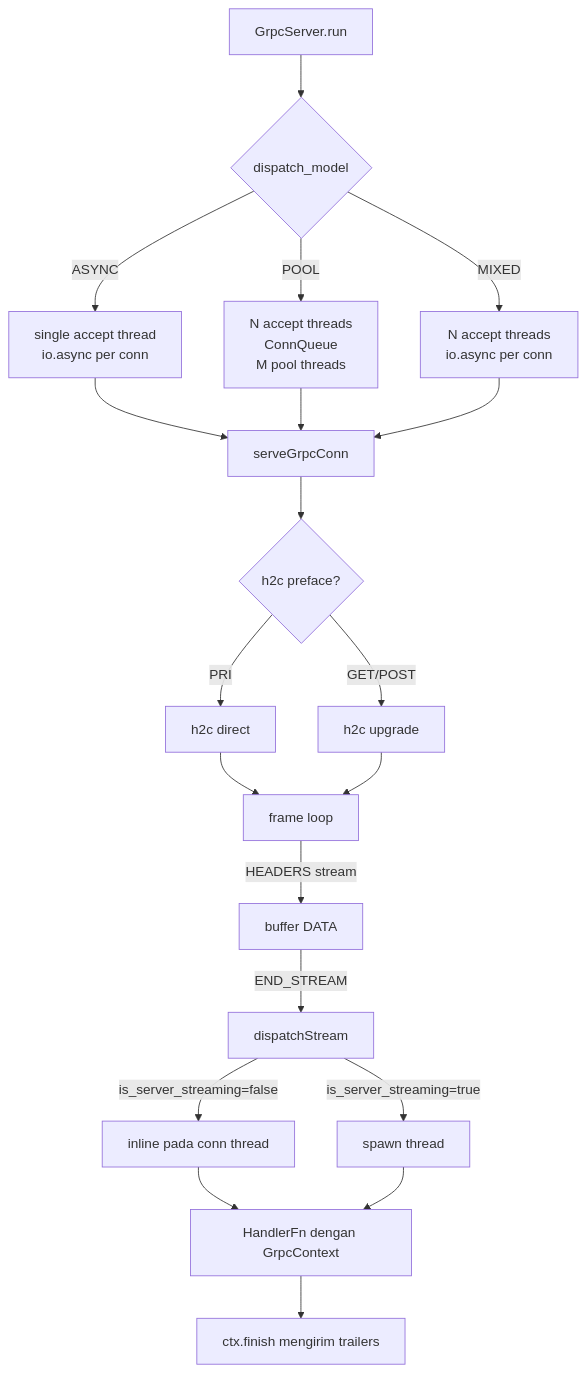
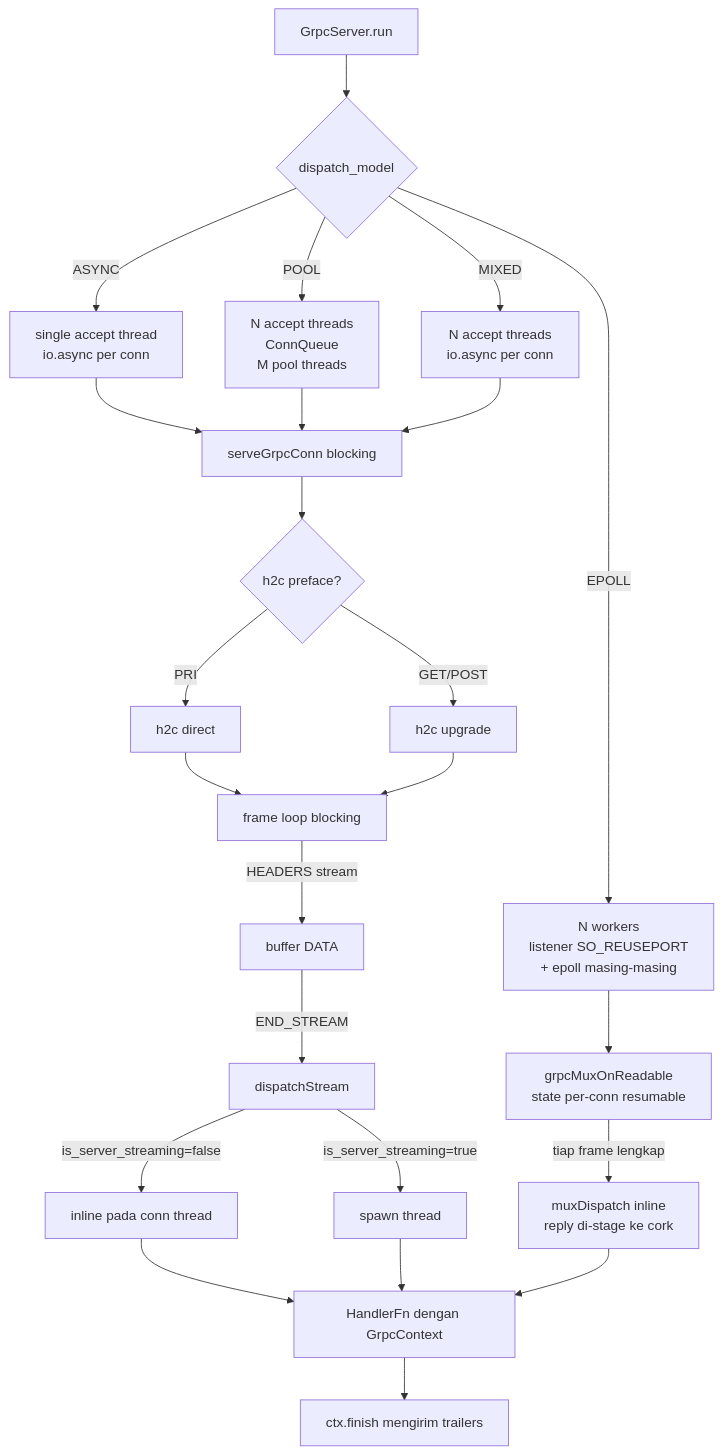
One commit to prothegee/zix changed the third of 4 diagrams in docs/hld-grpc-id.md. Above: the diagram before and after it, drawn with Mermaid. The commit also changed other lines of this file, not shown here.

Commit message:
hld grpc id: unary optimization notes

````diff
--- a/docs/hld-grpc-id.md
+++ b/docs/hld-grpc-id.md
@@ -315,22 +326,26 @@
 ```mermaid
 flowchart TD
     A[GrpcServer.run] --> B{dispatch_model}
     B -->|ASYNC| C[single accept thread\nio.async per conn]
     B -->|POOL| D[N accept threads\nConnQueue\nM pool threads]
     B -->|MIXED| E[N accept threads\nio.async per conn]
-    C --> F[serveGrpcConn]
+    B -->|EPOLL| EP[N workers\nlistener SO_REUSEPORT\n+ epoll masing-masing]
+    C --> F[serveGrpcConn blocking]
     D --> F
     E --> F
+    EP --> MX[grpcMuxOnReadable\nstate per-conn resumable]
     F --> G{h2c preface?}
     G -->|PRI| H[h2c direct]
     G -->|GET/POST| I[h2c upgrade]
-    H --> J[frame loop]
+    H --> J[frame loop blocking]
     I --> J
     J -->|HEADERS stream| K[buffer DATA]
     K -->|END_STREAM| L[dispatchStream]
     L -->|is_server_streaming=false| LI[inline pada conn thread]
     L -->|is_server_streaming=true| LS[spawn thread]
     LI --> M[HandlerFn dengan GrpcContext]
     LS --> M
+    MX -->|tiap frame lengkap| MI[muxDispatch inline\nreply di-stage ke cork]
+    MI --> M
     M --> N[ctx.finish mengirim trailers]
 ```
````
